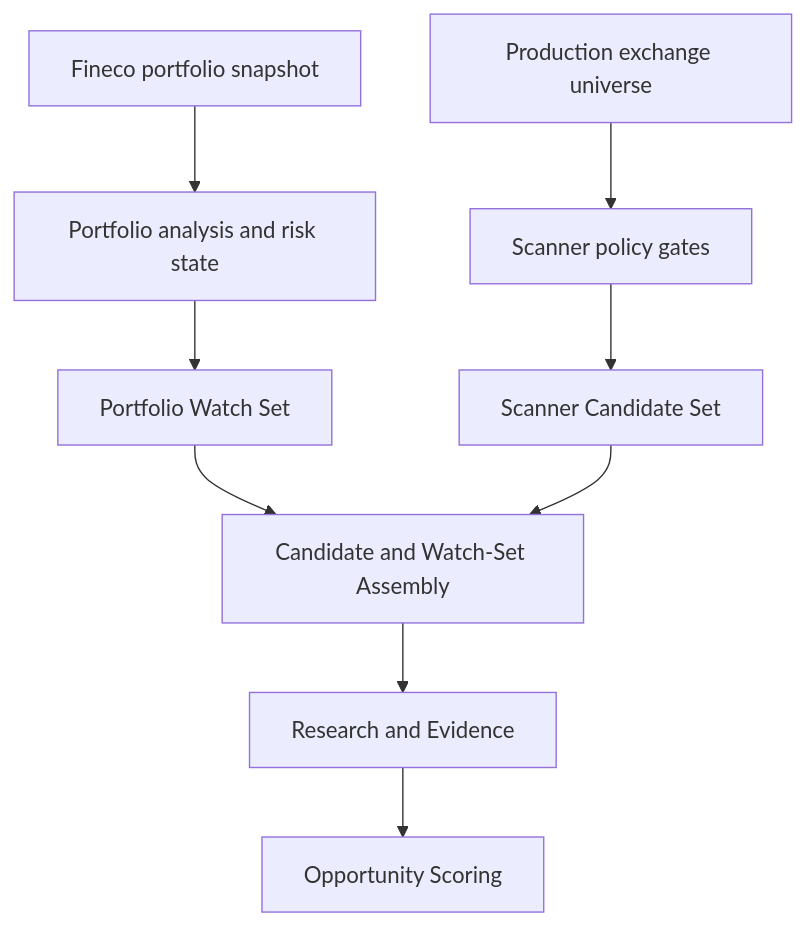
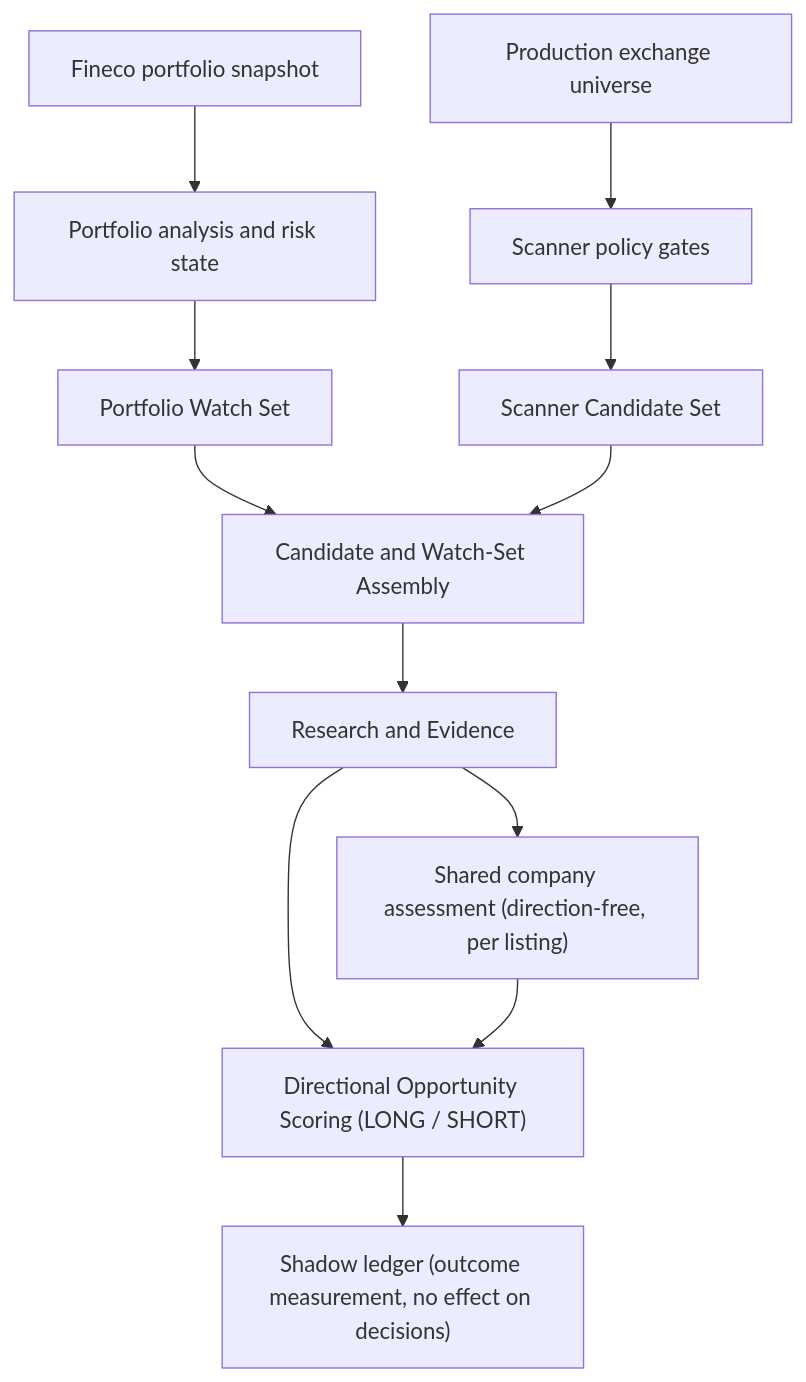
Before and after one commit to lupoleo/agentic_portfolio_stage4_0: the first of 2 diagrams in STAGE_4_0_ARCHITECTURE.md, drawn with Mermaid. The commit also changed other lines of this file, not shown here.

First line of the commit message:
docs: consolidate the Stage 4.0 architecture document

````diff
--- a/STAGE_4_0_ARCHITECTURE.md
+++ b/STAGE_4_0_ARCHITECTURE.md
@@ -120,13 +123,16 @@
 ```mermaid
 flowchart TD
     A["Fineco portfolio snapshot"] --> B["Portfolio analysis and risk state"]
     B --> C["Portfolio Watch Set"]
 
     D["Production exchange universe"] --> E["Scanner policy gates"]
     E --> F["Scanner Candidate Set"]
 
     C --> G["Candidate and Watch-Set Assembly"]
     F --> G
     G --> H["Research and Evidence"]
-    H --> I["Opportunity Scoring"]
+    H --> CA["Shared company assessment (direction-free, per listing)"]
+    H --> I["Directional Opportunity Scoring (LONG / SHORT)"]
+    CA --> I
+    I --> SL["Shadow ledger (outcome measurement, no effect on decisions)"]
 ```
````
